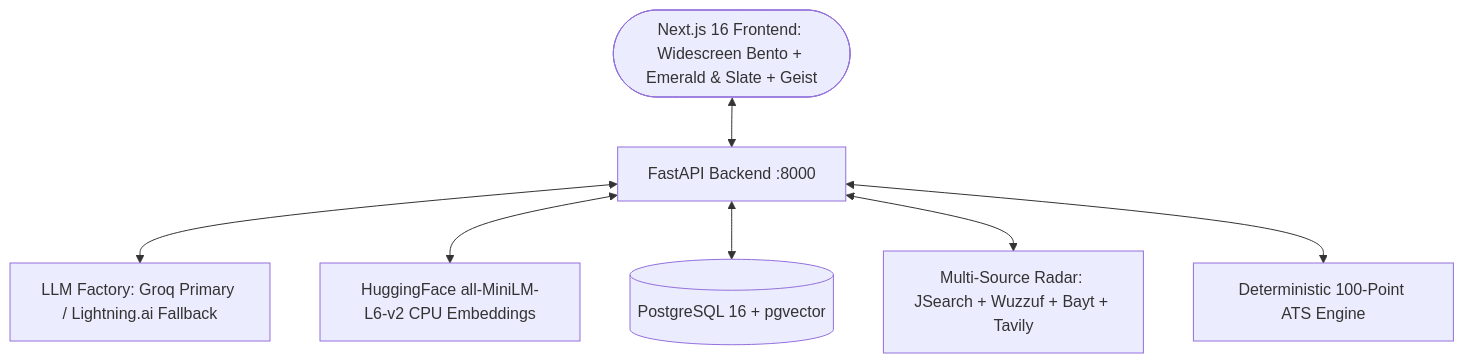
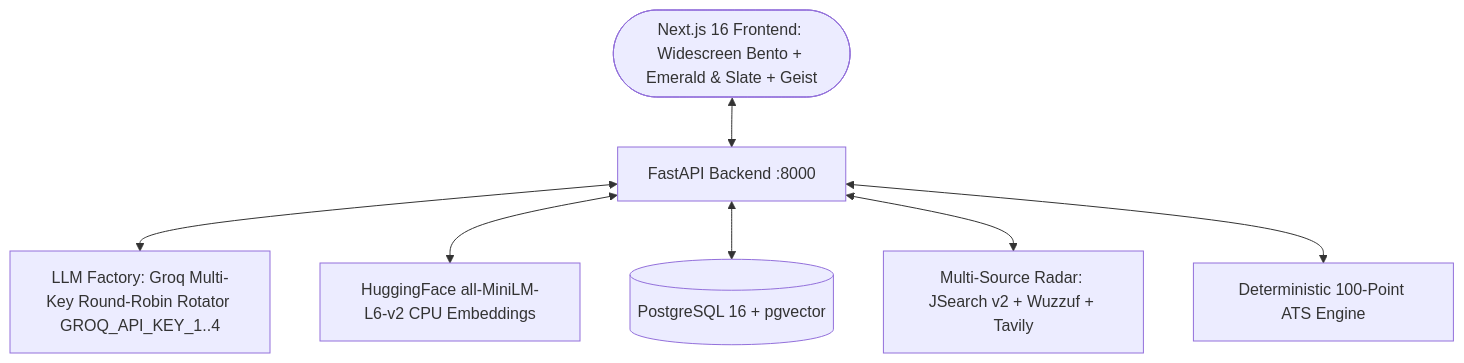
Before and after one commit to Mostafa710/career-copilot: the diagram in docs/implementation_plan.md, drawn with Mermaid. The commit also changed other lines of this file and 4 other files, not shown here.

Commit message:
docs: update README, architecture flowcharts, schema, and implementation plan to reflect multi-key Groq, JSearch v2, and latest features

````diff
--- a/docs/implementation_plan.md
+++ b/docs/implementation_plan.md
@@ -7,9 +7,9 @@
 ```mermaid
 graph TD
     Client([Next.js 16 Frontend: Widescreen Bento + Emerald & Slate + Geist]) <--> API[FastAPI Backend :8000]
-    API <--> LLM[LLM Factory: Groq Primary / Lightning.ai Fallback]
+    API <--> LLM[LLM Factory: Groq Multi-Key Round-Robin Rotator GROQ_API_KEY_1..4]
     API <--> Embed[HuggingFace all-MiniLM-L6-v2 CPU Embeddings]
     API <--> DB[(PostgreSQL 16 + pgvector)]
-    API <--> Sources[Multi-Source Radar: JSearch + Wuzzuf + Bayt + Tavily]
+    API <--> Sources[Multi-Source Radar: JSearch v2 + Wuzzuf + Tavily]
     API <--> ATS[Deterministic 100-Point ATS Engine]
 ```
````
